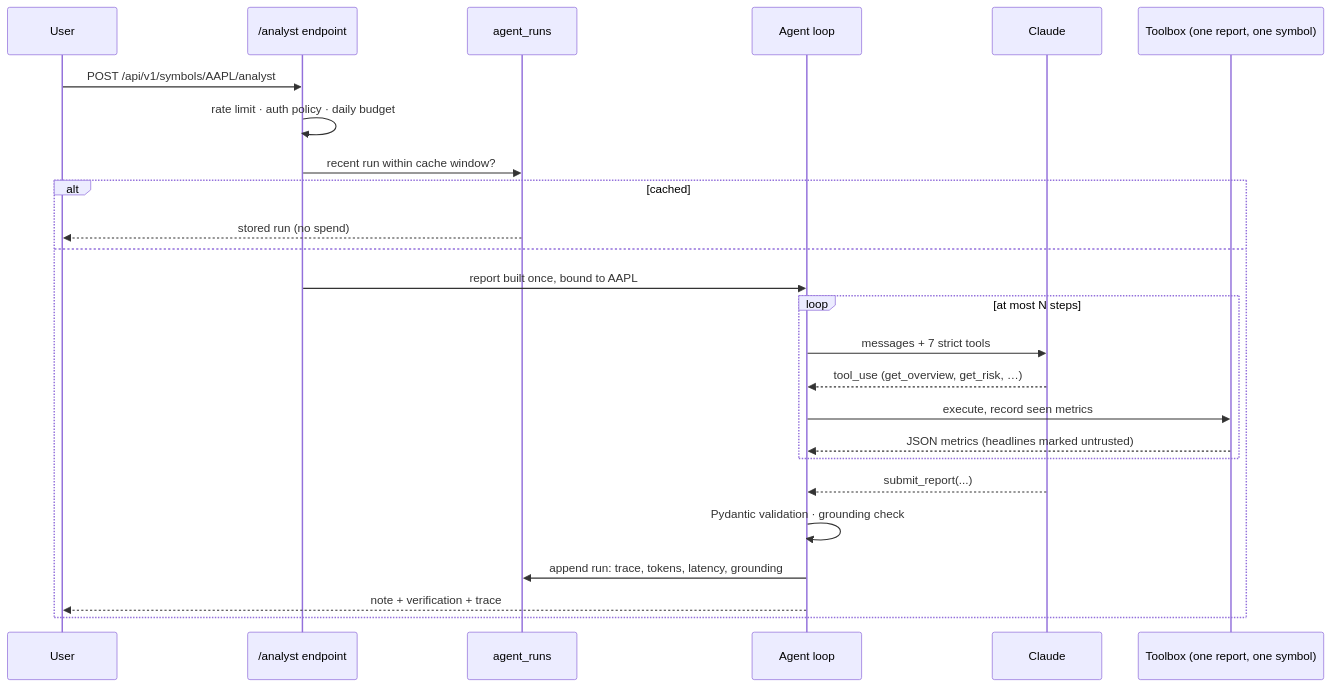
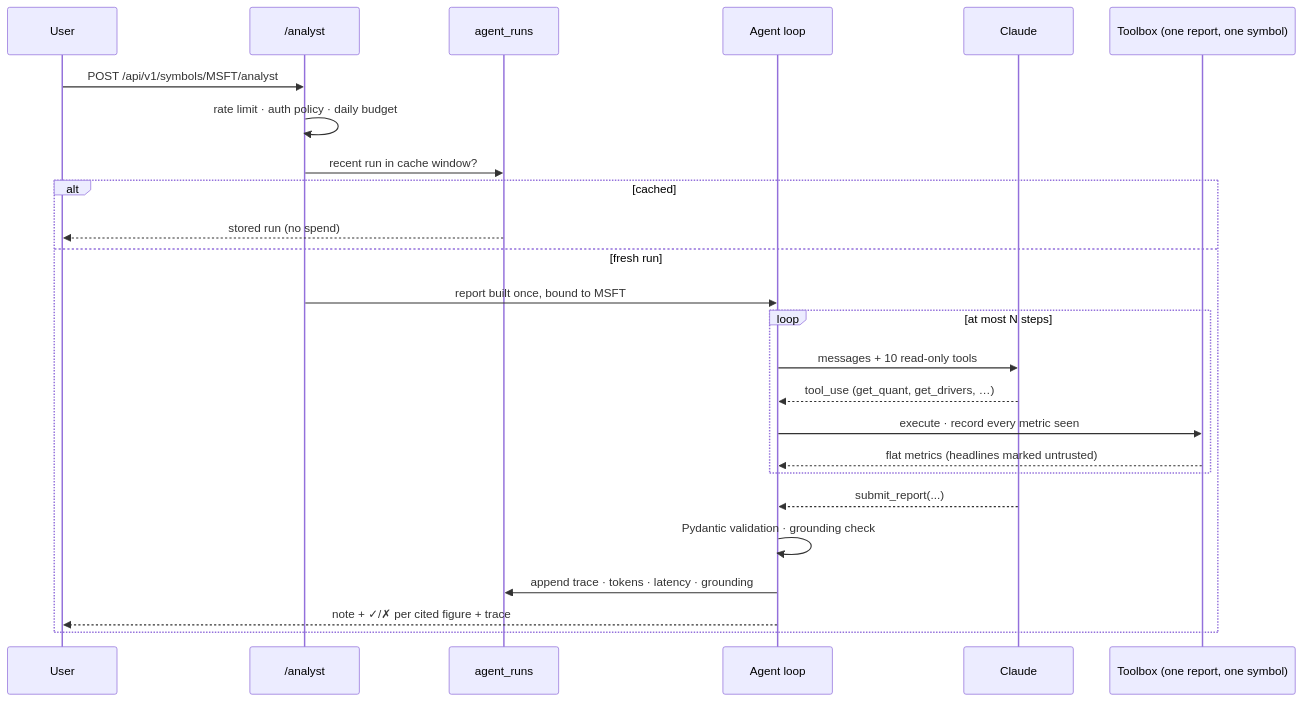
The tenth of 13 diagrams in README.md (anand4286/stocklens), drawn with Mermaid before and after one commit. The commit also changed other lines of this file and 96 other files, not shown here.

````diff
--- a/README.md
+++ b/README.md
@@ -199,28 +422,28 @@
 ```mermaid
 sequenceDiagram
     participant U as User
-    participant API as /analyst endpoint
+    participant API as /analyst
     participant DB as agent_runs
     participant L as Agent loop
     participant C as Claude
     participant T as Toolbox (one report, one symbol)
 
-    U->>API: POST /api/v1/symbols/AAPL/analyst
+    U->>API: POST /api/v1/symbols/MSFT/analyst
     API->>API: rate limit · auth policy · daily budget
-    API->>DB: recent run within cache window?
+    API->>DB: recent run in cache window?
     alt cached
         DB-->>U: stored run (no spend)
-    else
-        API->>L: report built once, bound to AAPL
+    else fresh run
+        API->>L: report built once, bound to MSFT
         loop at most N steps
-            L->>C: messages + 7 strict tools
-            C-->>L: tool_use (get_overview, get_risk, …)
-            L->>T: execute, record seen metrics
-            T-->>L: JSON metrics (headlines marked untrusted)
+            L->>C: messages + 10 read-only tools
+            C-->>L: tool_use (get_quant, get_drivers, …)
+            L->>T: execute · record every metric seen
+            T-->>L: flat metrics (headlines marked untrusted)
         end
         C-->>L: submit_report(...)
         L->>L: Pydantic validation · grounding check
-        L->>DB: append run: trace, tokens, latency, grounding
-        L-->>U: note + verification + trace
+        L->>DB: append trace · tokens · latency · grounding
+        L-->>U: note + ✓/✗ per cited figure + trace
     end
 ```
````
